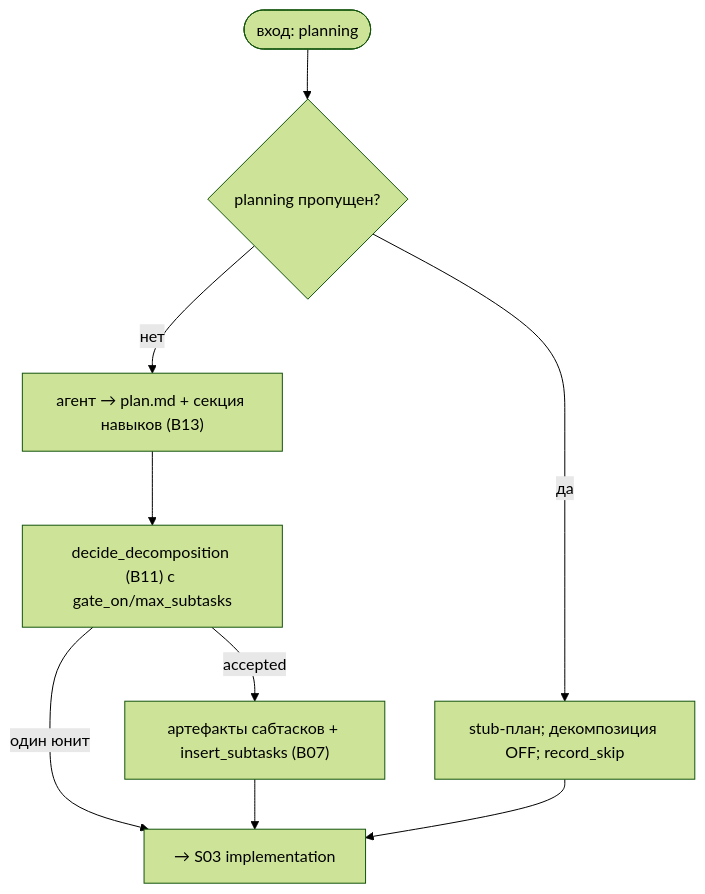
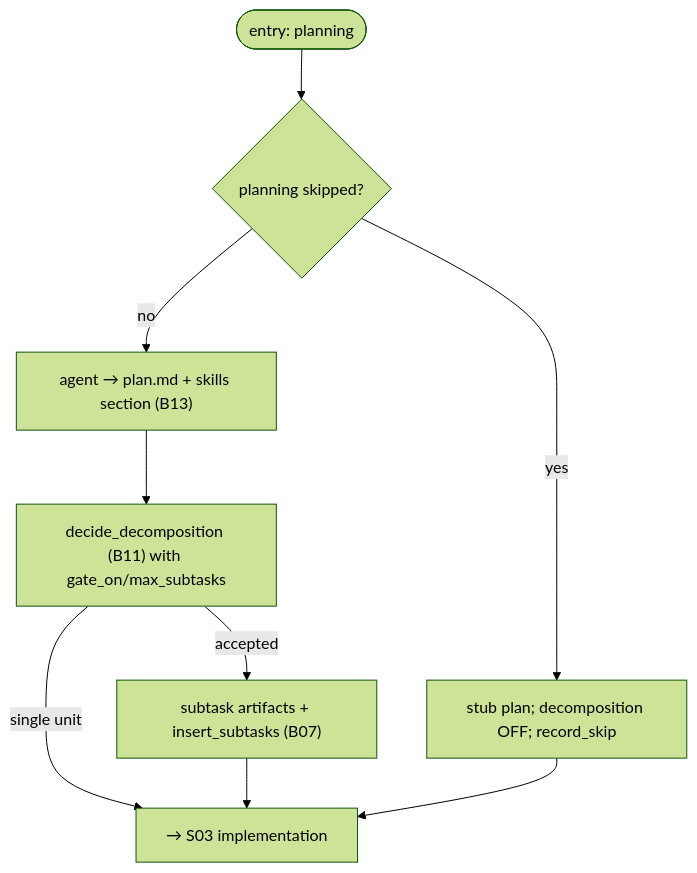
The diagram in docs/functional/flows/coding/S02-planning.md (VladimirMakarevich/wastech-orchestrator), drawn with Mermaid (forest theme) before and after one commit. The commit also changed other lines of this file and 41 other files, not shown here.

Commit message:
docs: translate system flows documentation from Russian to English, ensuring clarity and consistency in terminology. Update sequence diagrams and flowcharts to reflect the changes in language. Maintain the structure and references to blocks for ease of navigation.

````diff
--- a/docs/functional/flows/coding/S02-planning.md
+++ b/docs/functional/flows/coding/S02-planning.md
@@ -39,11 +39,11 @@
 ```mermaid
 flowchart TB
-    start(["вход: planning"]) --> skip{"planning пропущен?"}
-    skip -->|да| stub["stub-план; декомпозиция OFF; record_skip"]
-    skip -->|нет| run["агент → plan.md + секция навыков (B13)"]
-    run --> dec["decide_decomposition (B11) c gate_on/max_subtasks"]
-    dec -->|accepted| subs["артефакты сабтасков + insert_subtasks (B07)"]
-    dec -->|один юнит| impl
+    start(["entry: planning"]) --> skip{"planning skipped?"}
+    skip -->|yes| stub["stub plan; decomposition OFF; record_skip"]
+    skip -->|no| run["agent → plan.md + skills section (B13)"]
+    run --> dec["decide_decomposition (B11) with gate_on/max_subtasks"]
+    dec -->|accepted| subs["subtask artifacts + insert_subtasks (B07)"]
+    dec -->|single unit| impl
     subs --> impl["→ S03 implementation"]
     stub --> impl
 ```
````
